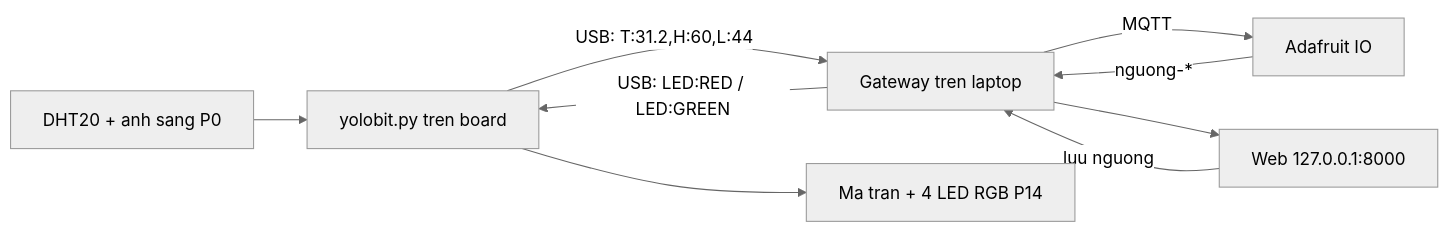
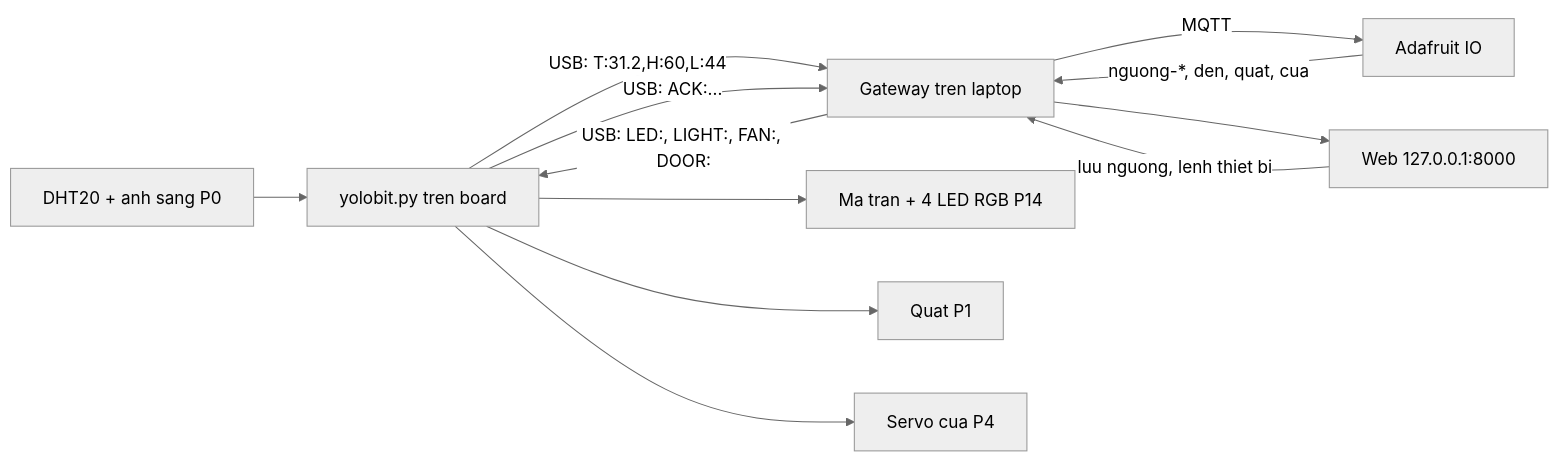
The diagram in README.md (tuankhoi1007/YOLOHome), drawn with Mermaid (neutral theme) before and after one commit. The commit also changed other lines of this file and 1 other file, not shown here.

````diff
--- a/README.md
+++ b/README.md
@@ -269,11 +312,14 @@
 ```mermaid
 flowchart LR
   dht[DHT20 + anh sang P0] --> yolo[yolobit.py tren board]
   yolo -- "USB: T:31.2,H:60,L:44" --> gw[Gateway tren laptop]
-  gw -- "USB: LED:RED / LED:GREEN" --> yolo
+  gw -- "USB: LED:, LIGHT:, FAN:, DOOR:" --> yolo
+  yolo -- "USB: ACK:..." --> gw
   gw -- MQTT --> aio[Adafruit IO]
-  aio -- "nguong-*" --> gw
+  aio -- "nguong-*, den, quat, cua" --> gw
   gw --> web[Web 127.0.0.1:8000]
-  web -- "luu nguong" --> gw
+  web -- "luu nguong, lenh thiet bi" --> gw
   yolo --> led[Ma tran + 4 LED RGB P14]
+  yolo --> fan[Quat P1]
+  yolo --> door[Servo cua P4]
 ```
````
